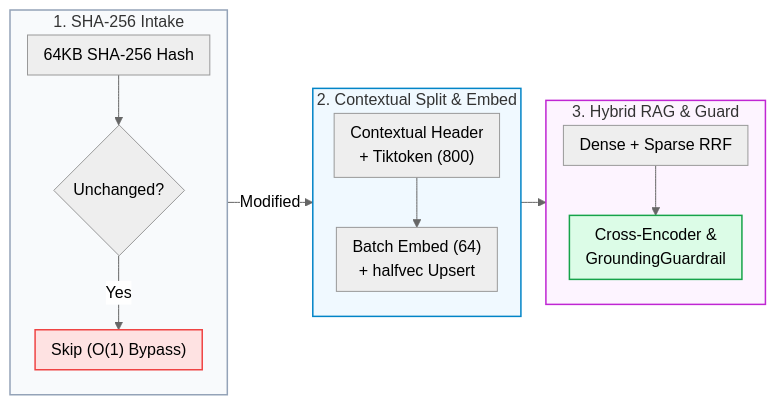
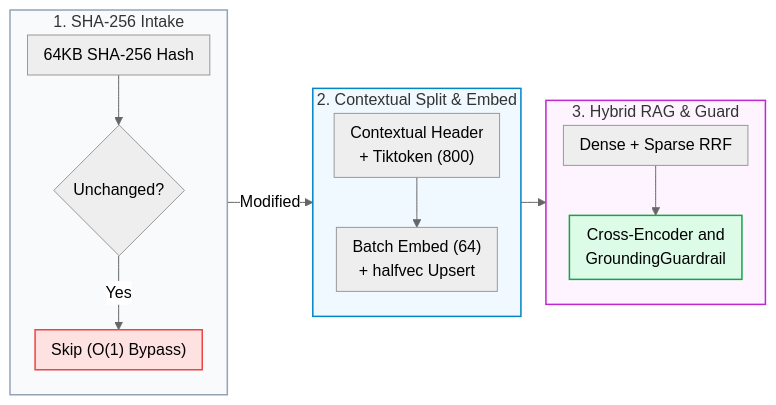
One commit to Kenono2000/enterprise-rag-pgvector-rbac changed the fifth of 7 diagrams in README.md. Above: the diagram before and after it, drawn with Mermaid (neutral theme). The commit also changed other lines of this file and 4 other files, not shown here.

````diff
--- a/README.md
+++ b/README.md
@@ -127,24 +142,24 @@
 ```mermaid
 %%{init: {'flowchart': {'nodeSpacing': 15, 'rankSpacing': 25, 'padding': 8}}}%%
 flowchart LR
     subgraph Stage1 ["1. SHA-256 Intake"]
         direction TB
         Hash["64KB SHA-256 Hash"] --> Check{"Unchanged?"}
         Check -->|Yes| Skip["Skip (O(1) Bypass)"]
     end
     subgraph Stage2 ["2. Contextual Split & Embed"]
         direction TB
         Split["Contextual Header<br/>+ Tiktoken (800)"] --> Embed["Batch Embed (64)<br/>+ halfvec Upsert"]
     end
     subgraph Stage3 ["3. Hybrid RAG & Guard"]
         direction TB
-        RRF["Dense + Sparse RRF"] --> Guard["Cross-Encoder &<br/>GroundingGuardrail"]
+        RRF["Dense + Sparse RRF"] --> Guard["Cross-Encoder and<br/>GroundingGuardrail"]
     end
     Check -->|Modified| Split
     Embed --> RRF
     style Stage1 fill:#f8fafc,stroke:#94a3b8,stroke-width:1.5px
     style Stage2 fill:#f0f9ff,stroke:#0284c7,stroke-width:1.5px
     style Stage3 fill:#fdf4ff,stroke:#c026d3,stroke-width:1.5px
     style Skip fill:#fee2e2,stroke:#ef4444,stroke-width:1.5px
     style Guard fill:#dcfce7,stroke:#16a34a,stroke-width:1.5px
 ```
````
